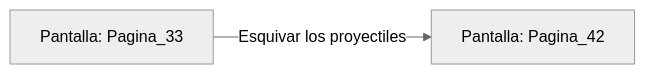
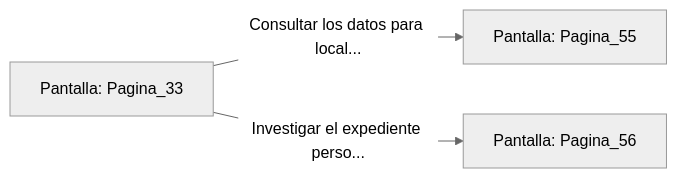
One commit to metsuke/mpl changed the diagram in sample/eligejuego-vault/Pantalla_Pagina_33.md. Above: the diagram before and after it, drawn with Mermaid (neutral theme). The commit also changed other lines of this file and 635 other files, not shown here.

First line of the commit message:
fix: añadir Pagina_1 como pantalla inicial en capitulo_01.mpl

````diff
--- a/sample/eligejuego-vault/Pantalla_Pagina_33.md
+++ b/sample/eligejuego-vault/Pantalla_Pagina_33.md
@@ -14,5 +24,6 @@
 ```mermaid
 graph LR
     P_Pagina_33["Pantalla: Pagina_33"]
-    P_Pagina_33 -->|"Esquivar los proyectiles"| P_Pagina_42["Pantalla: Pagina_42"]
+    P_Pagina_33 -->|"Consultar los datos para local..."| P_Pagina_55["Pantalla: Pagina_55"]
+    P_Pagina_33 -->|"Investigar el expediente perso..."| P_Pagina_56["Pantalla: Pagina_56"]
 ```
````
